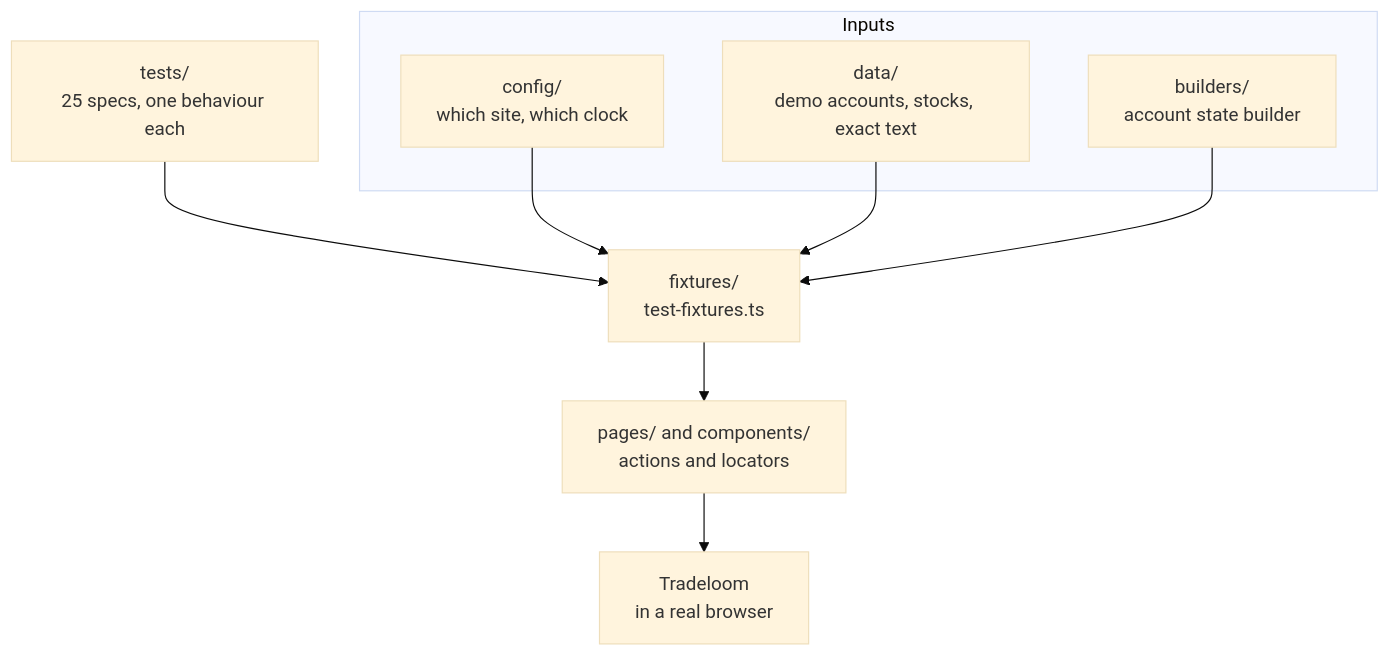
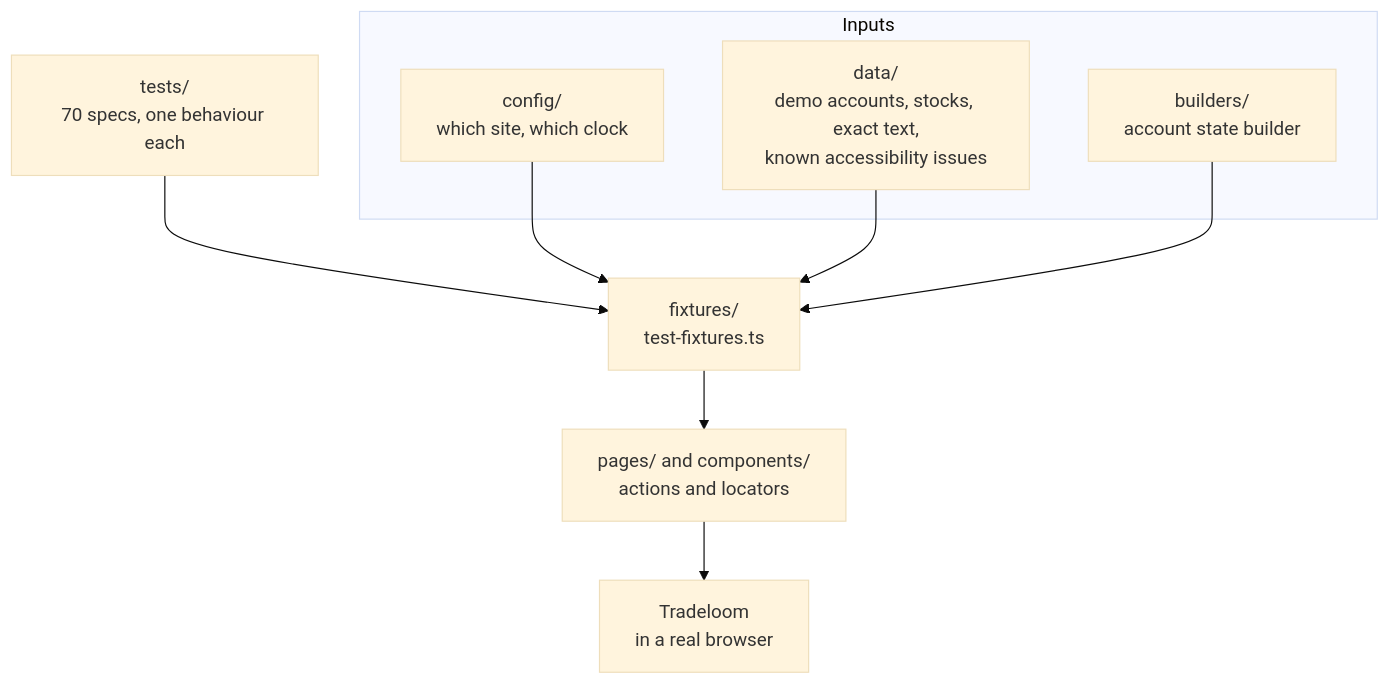
Before and after one commit to Yusuf-Hridoy/Playwright-Project: the diagram in README.md, drawn with Mermaid (base theme). The commit also changed other lines of this file and 41 other files, not shown here.

````diff
--- a/README.md
+++ b/README.md
@@ -14,21 +16,21 @@
 ```mermaid
 flowchart TD
     subgraph Inputs
         C["config/<br/>which site, which clock"]
-        D["data/<br/>demo accounts, stocks, exact text"]
+        D["data/<br/>demo accounts, stocks, exact text,<br/>known accessibility issues"]
         B["builders/<br/>account state builder"]
     end
 
-    T["tests/<br/>25 specs, one behaviour each"]
+    T["tests/<br/>70 specs, one behaviour each"]
     F["fixtures/<br/>test-fixtures.ts"]
     P["pages/ and components/<br/>actions and locators"]
     A["Tradeloom<br/>in a real browser"]
 
     T --> F
     F --> P
     P --> A
 
     C --> F
     D --> F
     B --> F
 ```
````
